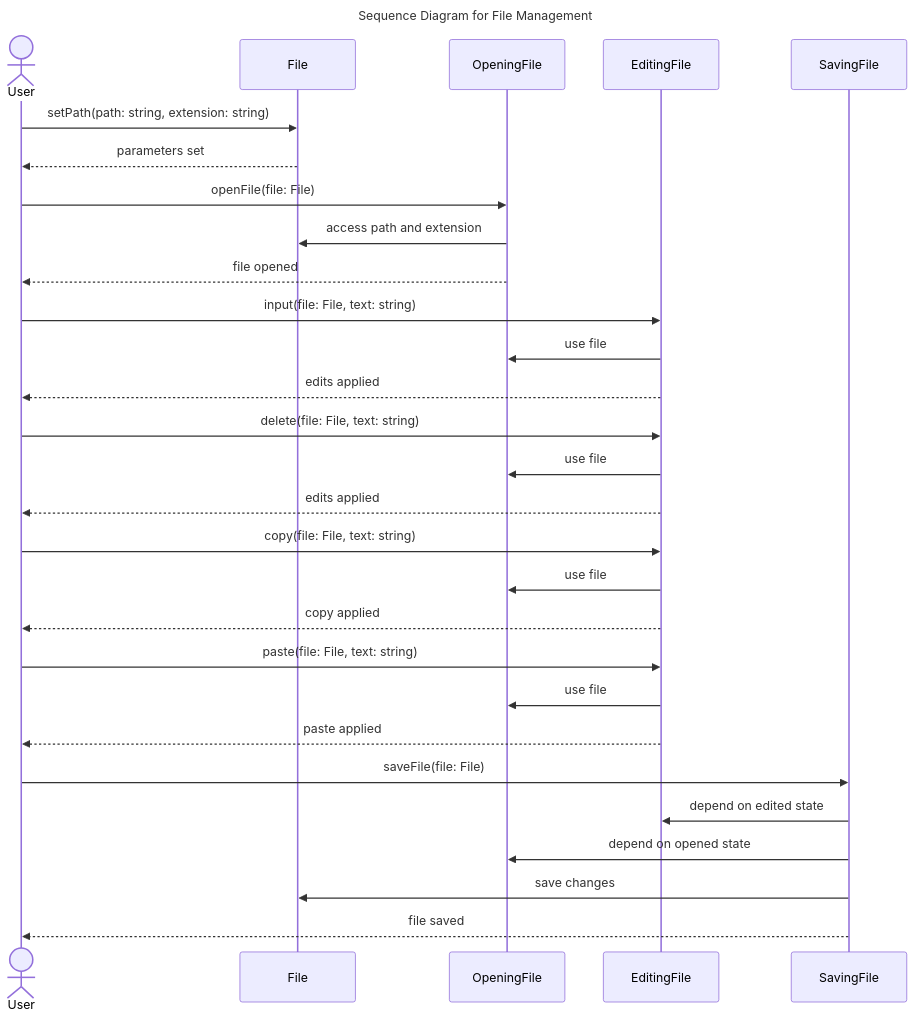
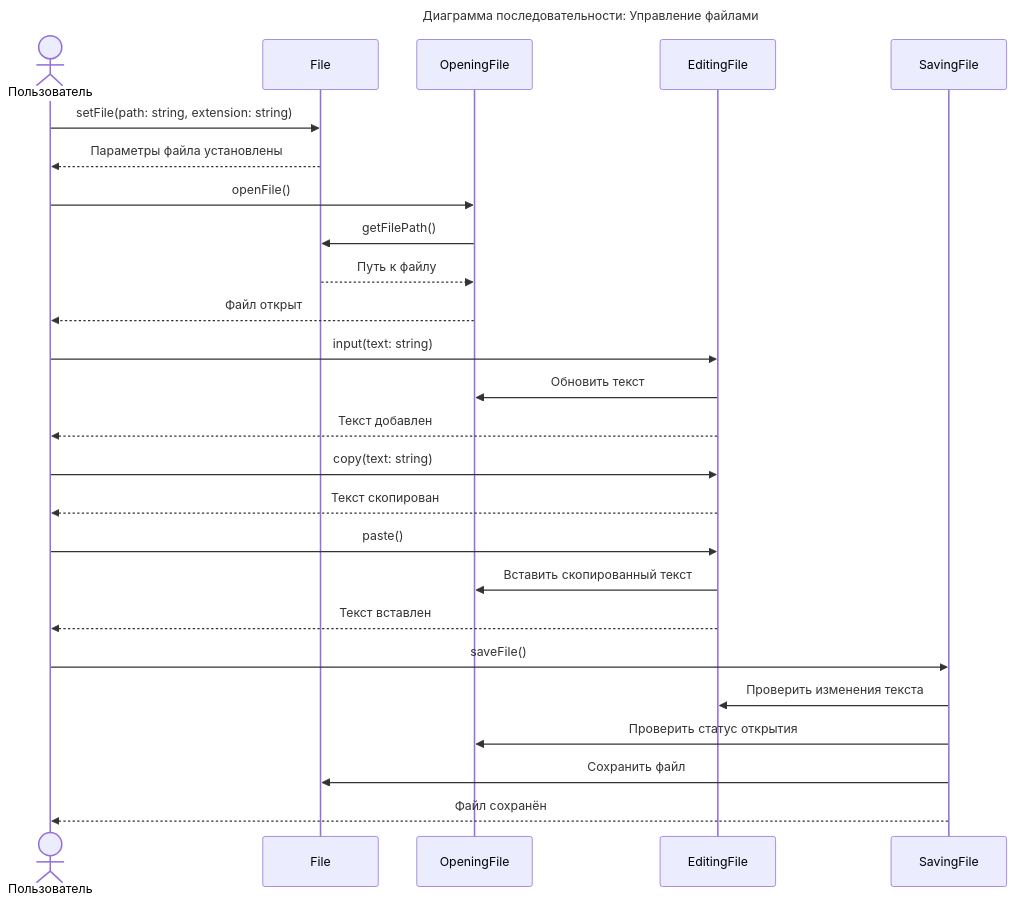
One commit to penamarth/bsbo-16-23_team5_var11_textedit changed the diagram in Документация/Преценденты/Управление файлами.md/Диаграмма последовательности Управление файлами.md. Above: the diagram before and after it, drawn with Mermaid.

Commit message:
sequence diagram upd

````diff
--- a/Документация/Преценденты/Управление файлами.md/Диаграмма последовательности Управление файлами.md
+++ b/Документация/Преценденты/Управление файлами.md/Диаграмма последовательности Управление файлами.md
@@ -1,38 +1,34 @@
 ```mermaid
 sequenceDiagram
-    title Sequence Diagram for File Management
-    actor User
+    title Диаграмма последовательности: Управление файлами
+    actor Пользователь
     participant File
     participant OpeningFile
     participant EditingFile
     participant SavingFile
 
-    User ->> File: setPath(path: string, extension: string)
-    File -->> User: parameters set
+    Пользователь ->> File: setFile(path: string, extension: string)
+    File -->> Пользователь: Параметры файла установлены
 
-    User ->> OpeningFile: openFile(file: File)
-    OpeningFile ->> File: access path and extension
-    OpeningFile -->> User: file opened
+    Пользователь ->> OpeningFile: openFile()
+    OpeningFile ->> File: getFilePath()
+    File -->> OpeningFile: Путь к файлу
+    OpeningFile -->> Пользователь: Файл открыт
 
-    User ->> EditingFile: input(file: File, text: string)
-    EditingFile ->> OpeningFile: use file
-    EditingFile -->> User: edits applied
+    Пользователь ->> EditingFile: input(text: string)
+    EditingFile ->> OpeningFile: Обновить текст
+    EditingFile -->> Пользователь: Текст добавлен
 
-    User ->> EditingFile: delete(file: File, text: string)
-    EditingFile ->> OpeningFile: use file
-    EditingFile -->> User: edits applied
+    Пользователь ->> EditingFile: copy(text: string)
+    EditingFile -->> Пользователь: Текст скопирован
 
-    User ->> EditingFile: copy(file: File, text: string)
-    EditingFile ->> OpeningFile: use file
-    EditingFile -->> User: copy applied
+    Пользователь ->> EditingFile: paste()
+    EditingFile ->> OpeningFile: Вставить скопированный текст
+    EditingFile -->> Пользователь: Текст вставлен
 
-    User ->> EditingFile: paste(file: File, text: string)
-    EditingFile ->> OpeningFile: use file
-    EditingFile -->> User: paste applied
-
-    User ->> SavingFile: saveFile(file: File)
-    SavingFile ->> EditingFile: depend on edited state
-    SavingFile ->> OpeningFile: depend on opened state
-    SavingFile ->> File: save changes
-    SavingFile -->> User: file saved
+    Пользователь ->> SavingFile: saveFile()
+    SavingFile ->> EditingFile: Проверить изменения текста
+    SavingFile ->> OpeningFile: Проверить статус открытия
+    SavingFile ->> File: Сохранить файл
+    SavingFile -->> Пользователь: Файл сохранён
 ```
````
